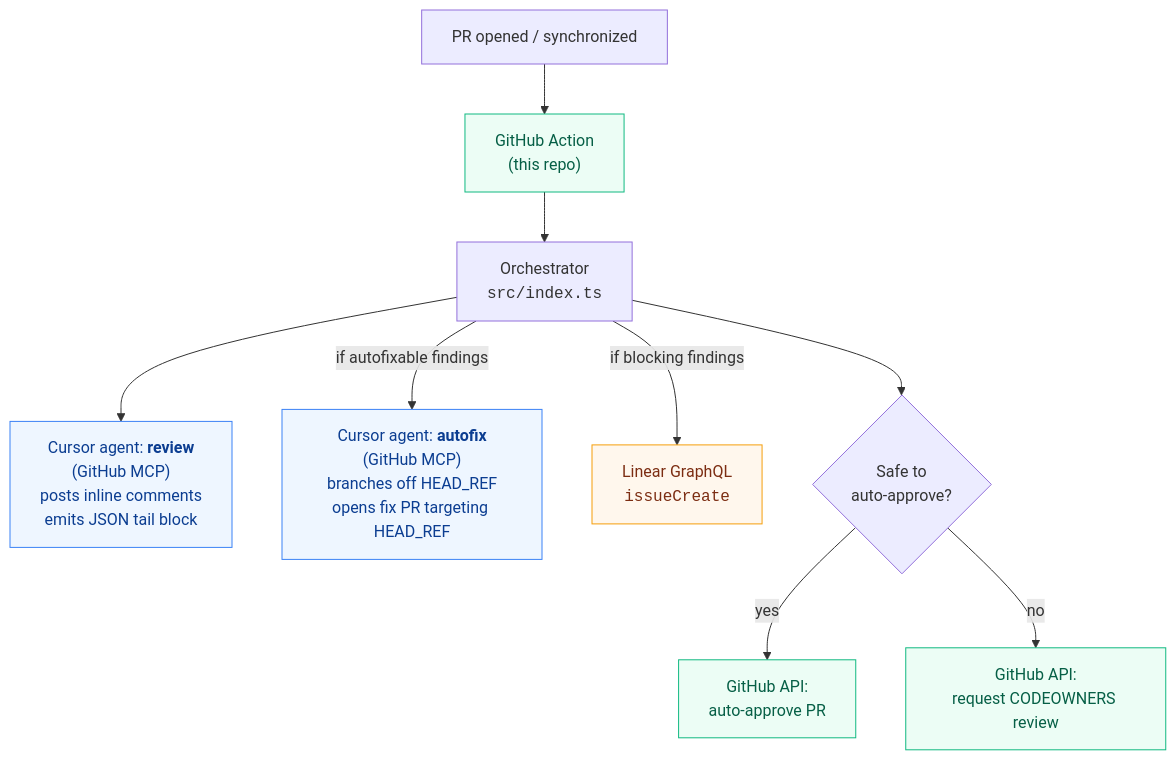
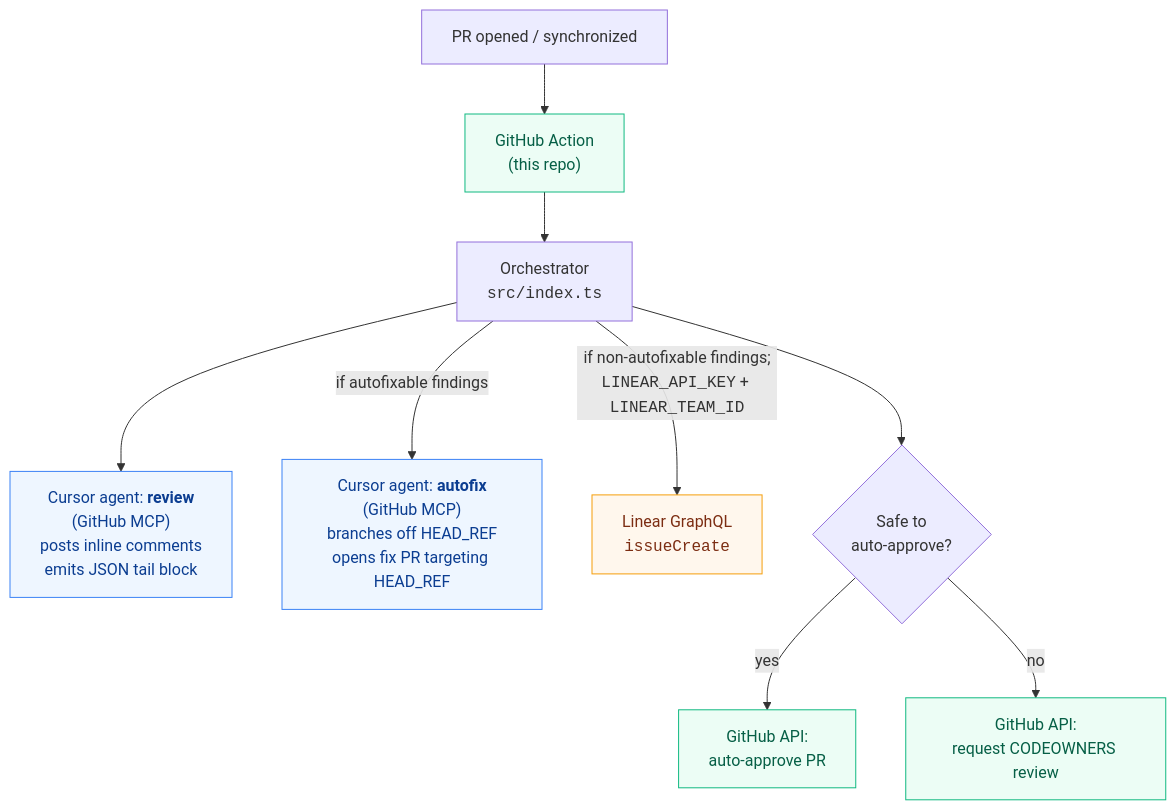
The diagram in README.md (captain-corgi/cursor-sdk-example), drawn with Mermaid before and after one commit.

Commit message:
fix(F2): document Linear edge env gate in architecture diagram
Linear issueCreate runs only when non-autofixable findings exist and LINEAR_API_KEY plus LINEAR_TEAM_ID are configured; label the mermaid edge accordingly.

Made-with: Cursor

````diff
--- a/README.md
+++ b/README.md
@@ -15,20 +15,20 @@
 ```mermaid
 flowchart TD
     PR["PR opened / synchronized"] --> Action["GitHub Action<br/>(this repo)"]
     Action --> Orchestrator["Orchestrator<br/><code>src/index.ts</code>"]
 
     Orchestrator --> Review["Cursor agent: <b>review</b><br/>(GitHub MCP)<br/>posts inline comments<br/>emits JSON tail block"]
     Orchestrator -->|if autofixable findings| Autofix["Cursor agent: <b>autofix</b><br/>(GitHub MCP)<br/>branches off HEAD_REF<br/>opens fix PR targeting HEAD_REF"]
-    Orchestrator -->|if blocking findings| Linear["Linear GraphQL<br/><code>issueCreate</code>"]
+    Orchestrator -->|if non-autofixable findings;<br/><code>LINEAR_API_KEY</code> + <code>LINEAR_TEAM_ID</code>| Linear["Linear GraphQL<br/><code>issueCreate</code>"]
     Orchestrator --> Decide{"Safe to<br/>auto-approve?"}
 
     Decide -->|yes| Approve["GitHub API:<br/>auto-approve PR"]
     Decide -->|no| Reviewers["GitHub API:<br/>request CODEOWNERS review"]
 
     classDef agent fill:#eef6ff,stroke:#3b82f6,color:#0b3d91;
     classDef ext fill:#fff7ed,stroke:#f59e0b,color:#7c2d12;
     classDef gh fill:#ecfdf5,stroke:#10b981,color:#065f46;
     class Review,Autofix agent;
     class Linear ext;
     class Approve,Reviewers,Action gh;
 ```
````
